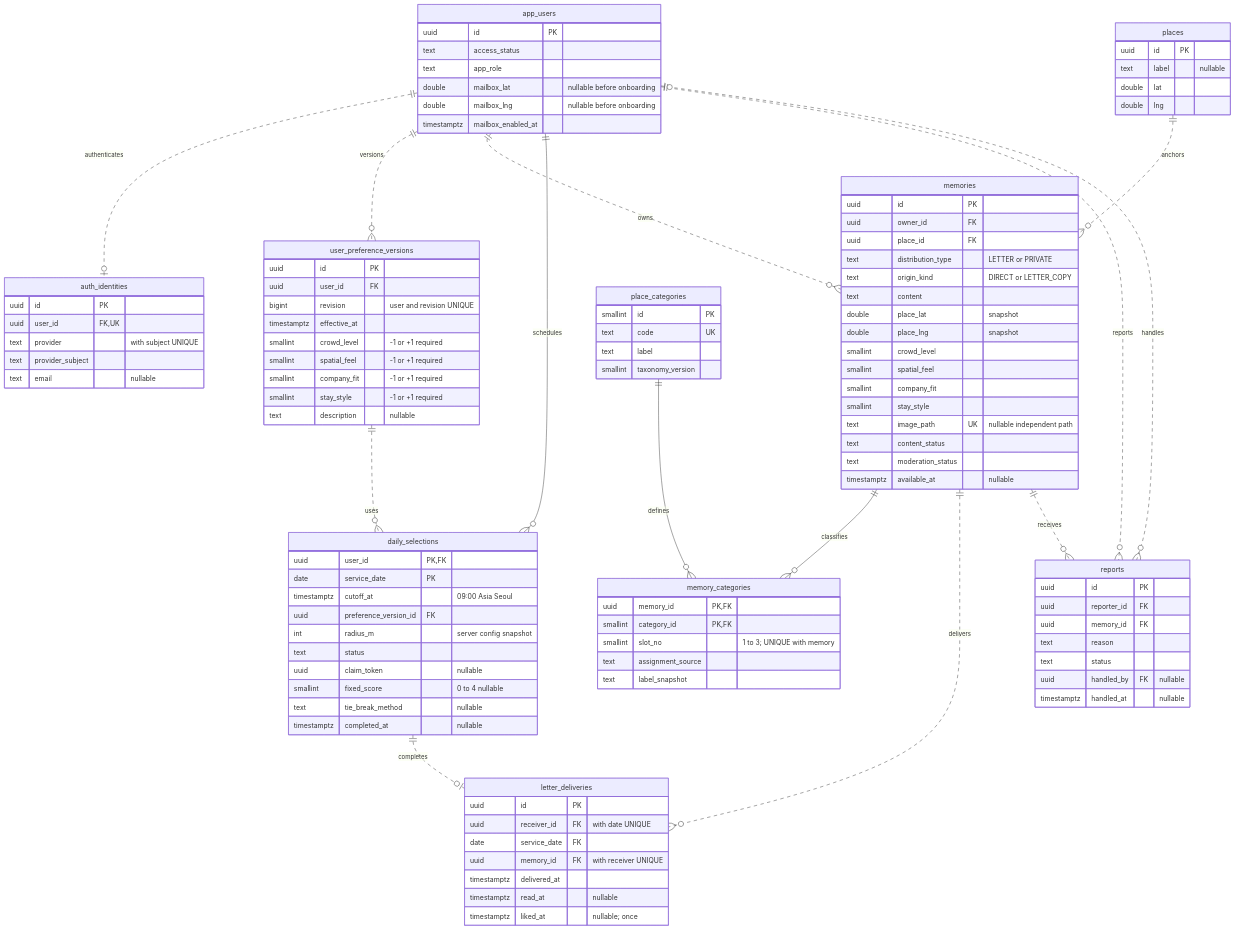
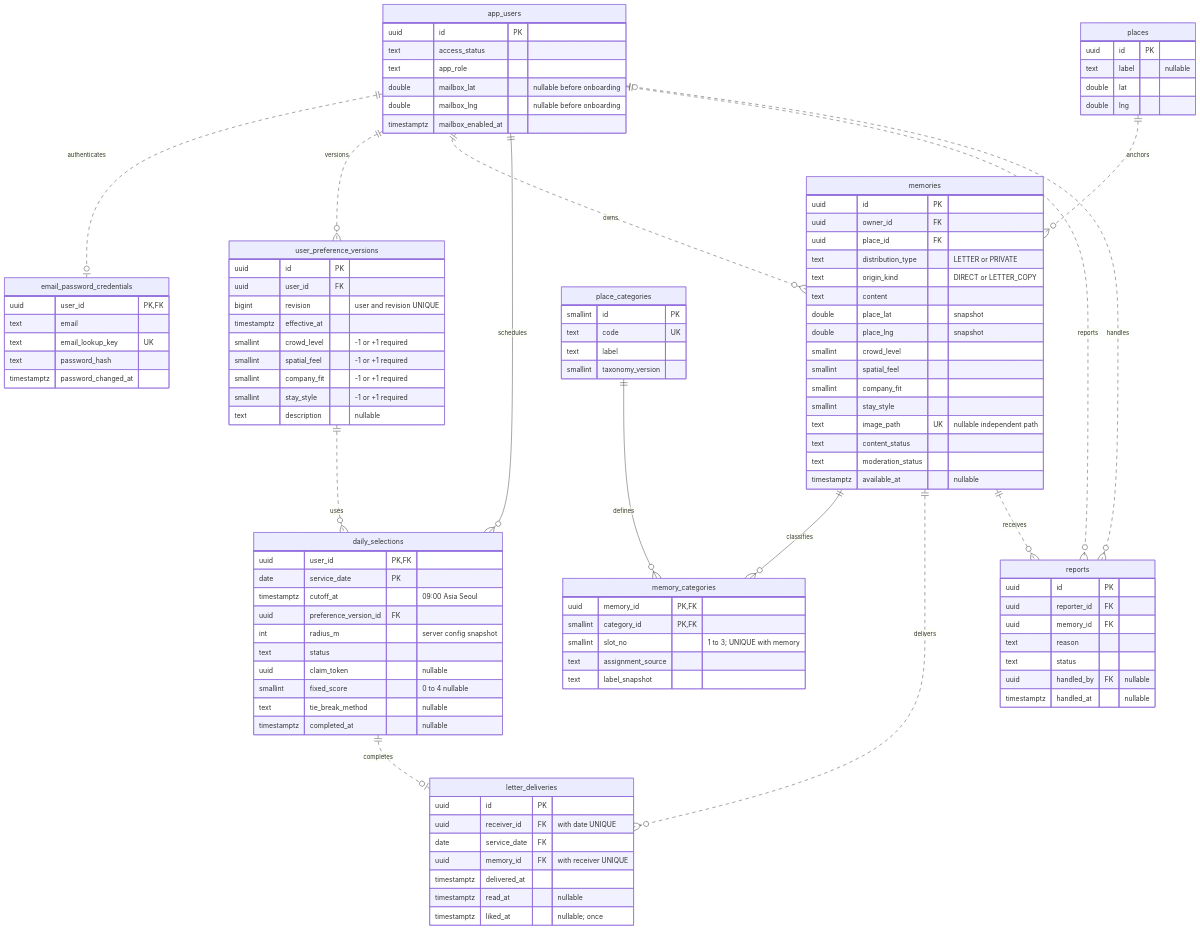
One commit to KOSSCCHTHON-Team4/Backend changed the diagram in docs/ERD.md. Above: the diagram before and after it, drawn with Mermaid. The commit also changed other lines of this file and 113 other files, not shown here.

Commit message:
feat: ERD 기반 UUID 영속성과 v1 API 전환

````diff
--- a/docs/ERD.md
+++ b/docs/ERD.md
@@ -64,7 +64,7 @@
 ```mermaid
 erDiagram
     direction TB
-    appUsers ||..o| authIdentities : authenticates
+    appUsers ||..o| emailPasswordCredentials : authenticates
     appUsers ||..o{ preferenceVersions : versions
     appUsers ||..o{ memories : owns
     appUsers ||--o{ dailySelections : schedules
@@ -86,12 +86,12 @@
         double mailbox_lng "nullable before onboarding"
         timestamptz mailbox_enabled_at
     }
-    authIdentities["auth_identities"] {
-        uuid id PK
-        uuid user_id FK,UK
-        text provider "with subject UNIQUE"
-        text provider_subject
-        text email "nullable"
+    emailPasswordCredentials["email_password_credentials"] {
+        uuid user_id PK,FK
+        text email
+        text email_lookup_key UK
+        text password_hash
+        timestamptz password_changed_at
     }
     preferenceVersions["user_preference_versions"] {
         uuid id PK
````
